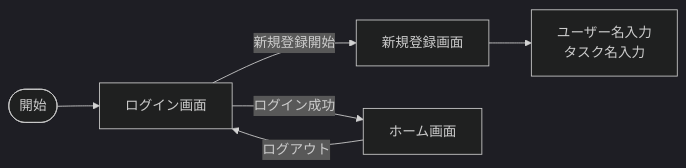
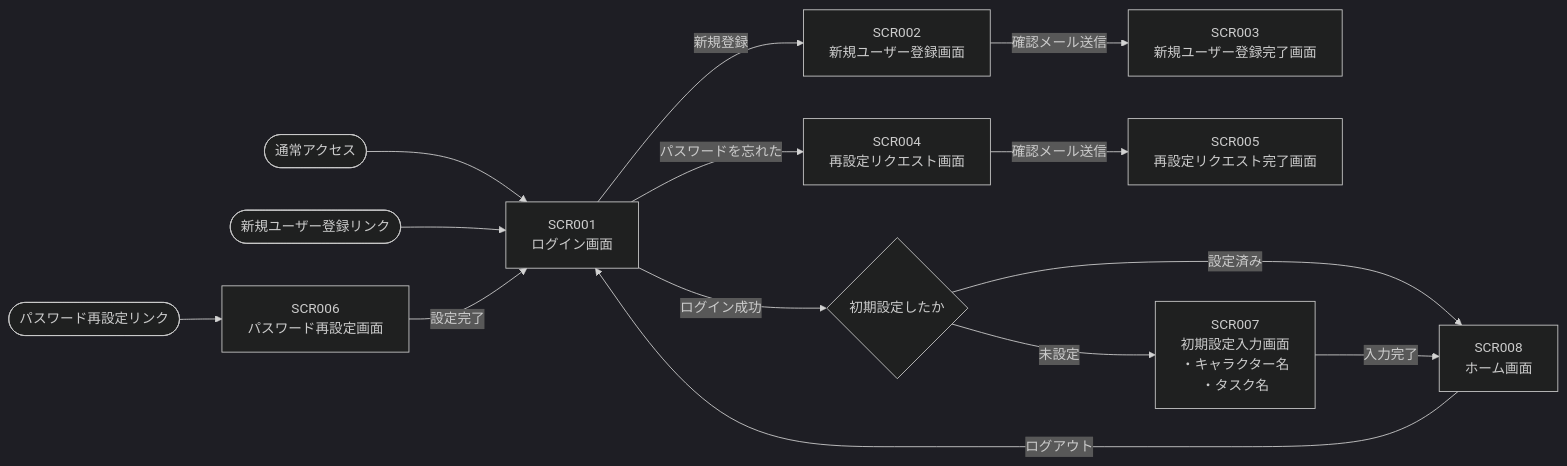
The second of 2 diagrams in Documents/要件定義書.md (LightGive/simple-todo-web-app), drawn with Mermaid (dark theme) before and after one commit. The commit also changed other lines of this file, not shown here.

````diff
--- a/Documents/要件定義書.md
+++ b/Documents/要件定義書.md
@@ -185,16 +130,38 @@
 ```mermaid
 flowchart LR
 
-    Start([開始])
-    Login["ログイン画面"]
-    NewRegistration["新規登録画面"]
-    InputUserName["ユーザー名入力<br>タスク名入力"]
-    Home["ホーム画面"]
+    Start([通常アクセス])
+    Login["SCR001<br>ログイン画面"]
+    IsFirst{"初期設定したか"}
+    NewRegistration["SCR002<br>新規ユーザー登録画面"]
+    NewRegistrationComp["SCR003<br>新規ユーザー登録完了画面"]
+    NewRegistrationLink([新規ユーザー登録リンク])
+
+    RequestPasswordReset["SCR004<br>再設定リクエスト画面"]
+    CompleteSendPasswordRequest["SCR005<br>再設定リクエスト完了画面"]
+    ResetPassword["SCR006<br>パスワード再設定画面"]
+    FirstInput["SCR007<br>初期設定入力画面<br>・キャラクター名<br>・タスク名"]
+    Home["SCR008<br>ホーム画面"]
+
+    ResetPasswordLink([パスワード再設定リンク])
 
     Start --> Login
-    Login --新規登録開始--> NewRegistration
-    NewRegistration-->InputUserName
-    Login --ログイン成功--> Home
+    Login --ログイン成功--> IsFirst
+    Login --新規登録--> NewRegistration
+    Login --パスワードを忘れた--> RequestPasswordReset
+
+    NewRegistration--確認メール送信-->NewRegistrationComp
+
+    NewRegistrationLink --> Login
+
+    RequestPasswordReset --確認メール送信--> CompleteSendPasswordRequest
+    IsFirst --設定済み--> Home
+    IsFirst --未設定--> FirstInput
+    FirstInput --入力完了-->Home
     Home --ログアウト--> Login
 
+    ResetPasswordLink-->ResetPassword
+    ResetPassword --設定完了-->Login
+
+
 ```
````
